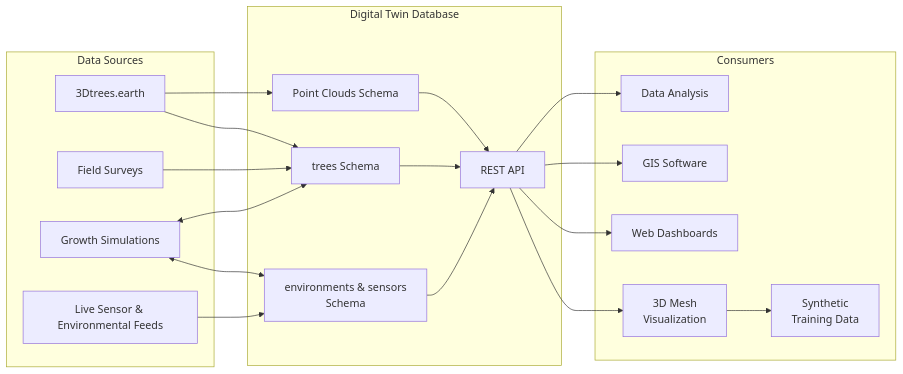
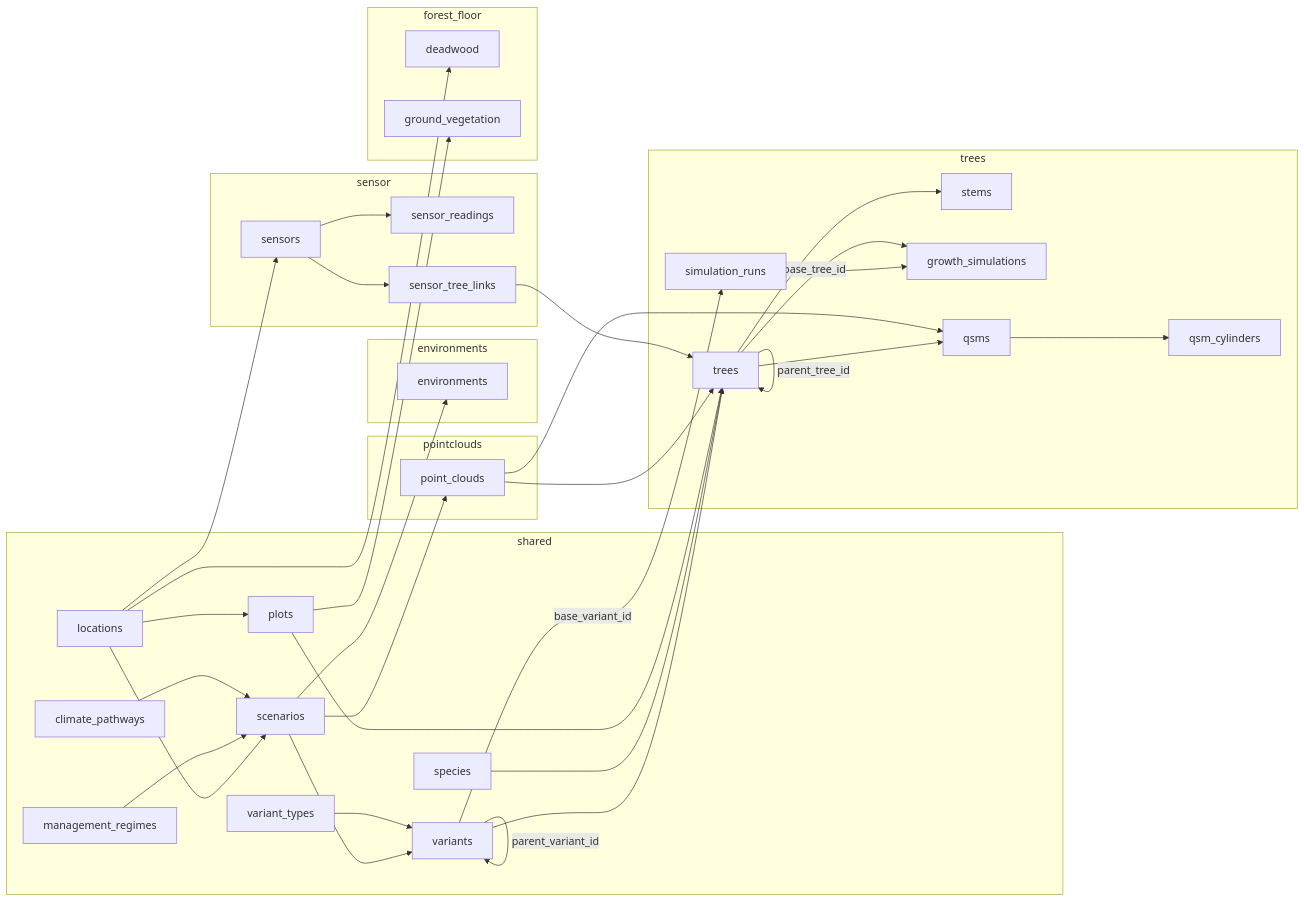
The first of 2 diagrams in docs/database-overview.md (XRFutureForests/digital-twin-db), drawn with Mermaid before and after one commit. The commit also changed other lines of this file and 30 other files, not shown here.

First line of the commit message:
Docs: audit against the live schema, generate the data dictionary and ERD

````diff
--- a/docs/database-overview.md
+++ b/docs/database-overview.md
@@ -561,41 +37,64 @@
 ```mermaid
 flowchart LR
-    subgraph Sources["Data Sources"]
-        TDT["3Dtrees.earth"]
-        Field["Field Surveys"]
-        Sim["Growth Simulations"]
-        Live["Live Sensor & Environmental Feeds"]
-        
+    subgraph SH["shared"]
+        loc["locations"]
+        plt["plots"]
+        reg["management_regimes"]
+        pth["climate_pathways"]
+        scn["scenarios"]
+        var["variants"]
+        vty["variant_types"]
+        spc["species"]
+    end
+    subgraph TR["trees"]
+        tre["trees"]
+        stm["stems"]
+        gsim["growth_simulations"]
+        srun["simulation_runs"]
+        qsm["qsms"]
+        cyl["qsm_cylinders"]
+    end
+    subgraph SE["sensor"]
+        sen["sensors"]
+        rdg["sensor_readings"]
+        lnk["sensor_tree_links"]
+    end
+    subgraph EN["environments"]
+        env["environments"]
+    end
+    subgraph PC["pointclouds"]
+        pcl["point_clouds"]
+    end
+    subgraph FF["forest_floor"]
+        dwd["deadwood"]
+        gveg["ground_vegetation"]
     end
 
-    subgraph DB["Digital Twin Database"]
-        PC["Point Clouds Schema"]
-        TR["trees Schema"]
-        EN["environments & sensors</br>Schema"]
-        REST["REST API"]
-    end
-
-    subgraph Consumers["Consumers"]
-        Analysis["Data Analysis"]
-        GIS["GIS Software"]
-        Dashboards["Web Dashboards"]
-        3D["3D Mesh</br>Visualization"]
-        Synthetic["Synthetic</br>Training Data"]
-    end
-
-    TDT --> PC
-    TDT --> TR
-    PC --> REST
-    Field --> TR
-    Sim <--> TR
-    Sim <--> EN
-    Live --> EN
-    TR --> REST
-    EN --> REST
-    REST --> Analysis
-    REST --> GIS
-    REST --> Dashboards
-    REST --> 3D
-    3D --> Synthetic
-
+    loc --> plt
+    loc --> scn
+    reg --> scn
+    pth --> scn
+    scn --> var
+    vty --> var
+    var -- "parent_variant_id" --> var
+    var --> tre
+    spc --> tre
+    plt --> tre
+    tre --> stm
+    tre -- "parent_tree_id" --> tre
+    var -- "base_variant_id" --> srun
+    srun --> gsim
+    tre -- "base_tree_id" --> gsim
+    tre --> qsm
+    qsm --> cyl
+    pcl --> qsm
+    pcl --> tre
+    loc --> sen
+    sen --> rdg
+    sen --> lnk
+    lnk --> tre
+    scn --> env
+    scn --> pcl
+    loc --> dwd
+    plt --> gveg
 ```
````
